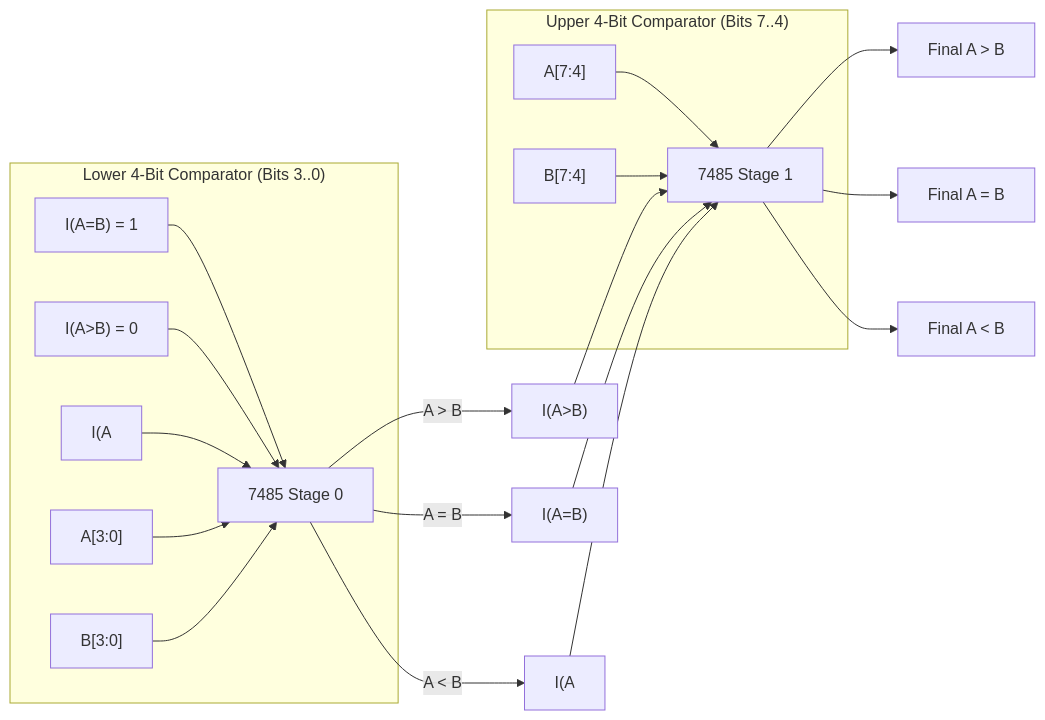
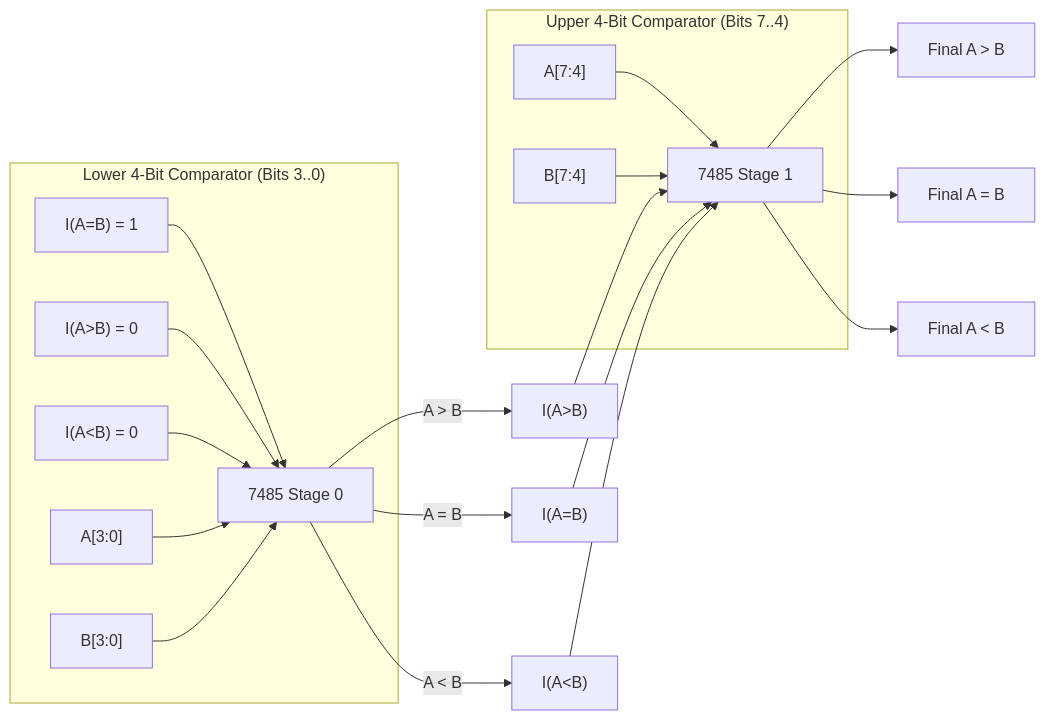
The fifth of 5 diagrams in DLCD/Unit 1/L08 - Binary Multipliers and Magnitude Comparators.md (YatishGowda09/Sem-3-CSE-Notes), drawn with Mermaid before and after one commit. The commit also changed other lines of this file and 70 other files, not shown here.

First line of the commit message:
Fix Mermaid diagram syntax for GitHub rendering compatibility

````diff
--- a/DLCD/Unit 1/L08 - Binary Multipliers and Magnitude Comparators.md
+++ b/DLCD/Unit 1/L08 - Binary Multipliers and Magnitude Comparators.md
@@ -298,27 +298,27 @@
 ```mermaid
 flowchart LR
     subgraph Stage0["Lower 4-Bit Comparator (Bits 3..0)"]
         TieEQ["I(A=B) = 1"] --> C0["7485 Stage 0"]
-        TieGT["I(A>B) = 0"] --> C0
-        TieLT["I(A<B) = 0"] --> C0
+        TieGT["I(A&gt;B) = 0"] --> C0
+        TieLT["I(A&lt;B) = 0"] --> C0
         A_low["A[3:0]"] --> C0
         B_low["B[3:0]"] --> C0
     end
 
     subgraph Stage1["Upper 4-Bit Comparator (Bits 7..4)"]
         A_high["A[7:4]"] --> C1["7485 Stage 1"]
         B_high["B[7:4]"] --> C1
     end
 
-    C0 -- "A > B" --> C1_GT["I(A>B)"]
+    C0 -- "A &gt; B" --> C1_GT["I(A&gt;B)"]
     C0 -- "A = B" --> C1_EQ["I(A=B)"]
-    C0 -- "A < B" --> C1_LT["I(A<B)"]
+    C0 -- "A &lt; B" --> C1_LT["I(A&lt;B)"]
 
     C1_GT --> C1
     C1_EQ --> C1
     C1_LT --> C1
 
-    C1 --> F_GT["Final A > B"]
+    C1 --> F_GT["Final A &gt; B"]
     C1 --> F_EQ["Final A = B"]
-    C1 --> F_LT["Final A < B"]
+    C1 --> F_LT["Final A &lt; B"]
 ```
````
